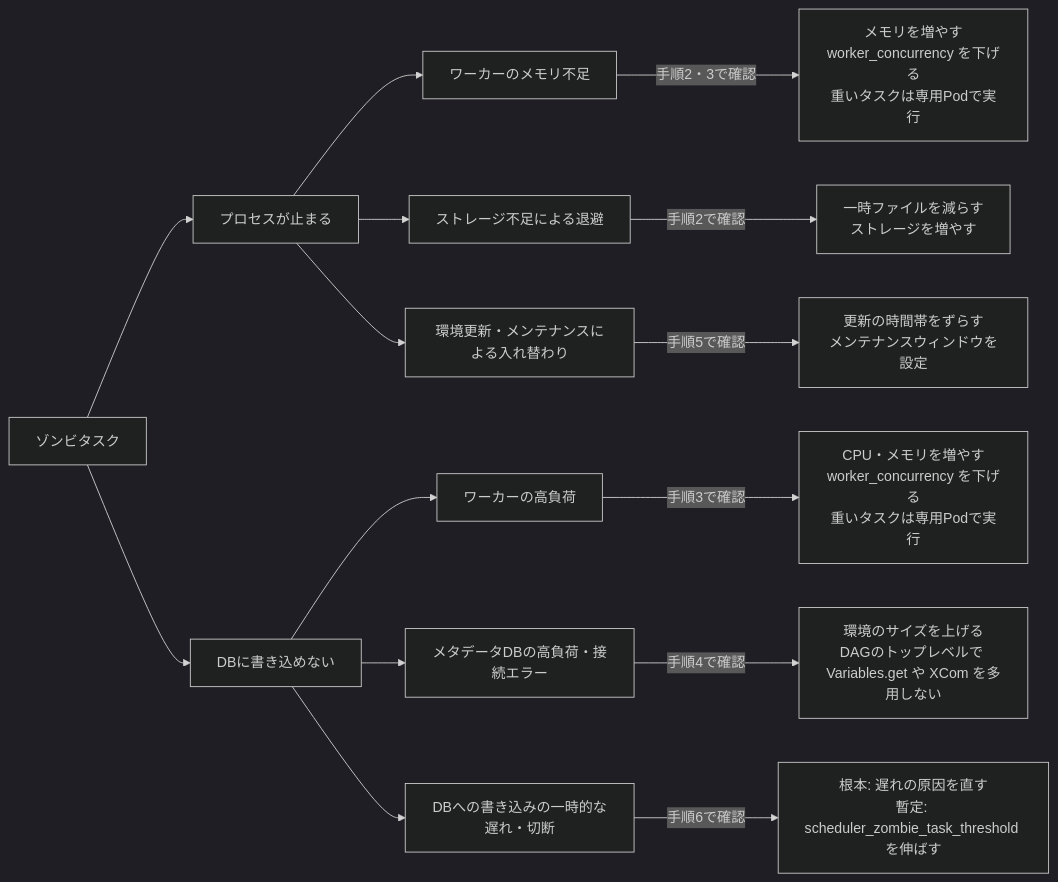
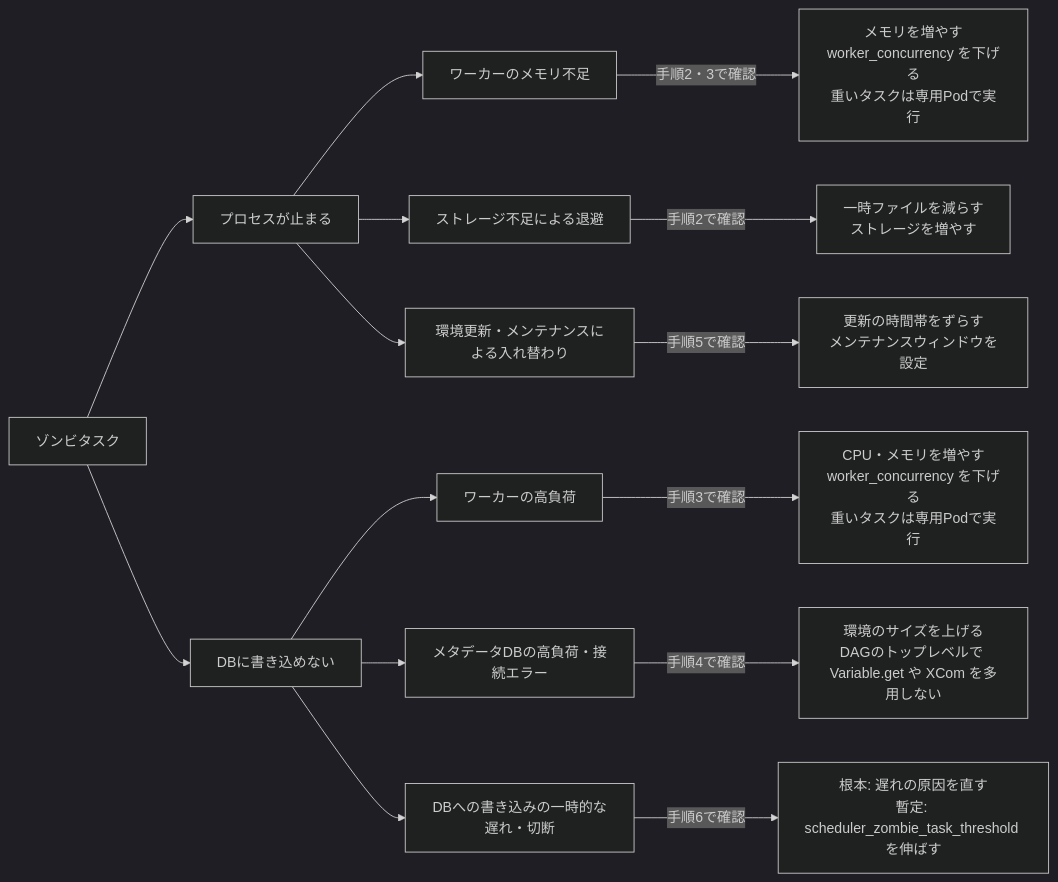
The diagram in articles/airflow-zombie-job.md (shin4488/zenn), drawn with Mermaid (dark theme) before and after one commit. The commit also changed other lines of this file and 1 other file, not shown here.

````diff
--- a/articles/airflow-zombie-job.md
+++ b/articles/airflow-zombie-job.md
@@ -300,17 +300,17 @@
 ```mermaid
 flowchart LR
     Z["ゾンビタスク"] --> P["プロセスが止まる"]
     Z --> W["DBに書き込めない"]
     P --> P1["ワーカーのメモリ不足"]
     P --> P2["ストレージ不足による退避"]
     P --> P3["環境更新・メンテナンスによる入れ替わり"]
     W --> W1["ワーカーの高負荷"]
     W --> W2["メタデータDBの高負荷・接続エラー"]
     W --> W3["DBへの書き込みの一時的な遅れ・切断"]
     P1 -- "手順2・3で確認" --> P1r["メモリを増やす<br>worker_concurrency を下げる<br>重いタスクは専用Podで実行"]
     P2 -- "手順2で確認" --> P2r["一時ファイルを減らす<br>ストレージを増やす"]
     P3 -- "手順5で確認" --> P3r["更新の時間帯をずらす<br>メンテナンスウィンドウを設定"]
     W1 -- "手順3で確認" --> W1r["CPU・メモリを増やす<br>worker_concurrency を下げる<br>重いタスクは専用Podで実行"]
-    W2 -- "手順4で確認" --> W2r["環境のサイズを上げる<br>DAGのトップレベルで Variables.get や XCom を多用しない"]
+    W2 -- "手順4で確認" --> W2r["環境のサイズを上げる<br>DAGのトップレベルで Variable.get や XCom を多用しない"]
     W3 -- "手順6で確認" --> W3r["根本: 遅れの原因を直す<br>暫定: scheduler_zombie_task_threshold を伸ばす"]
 ```
````
